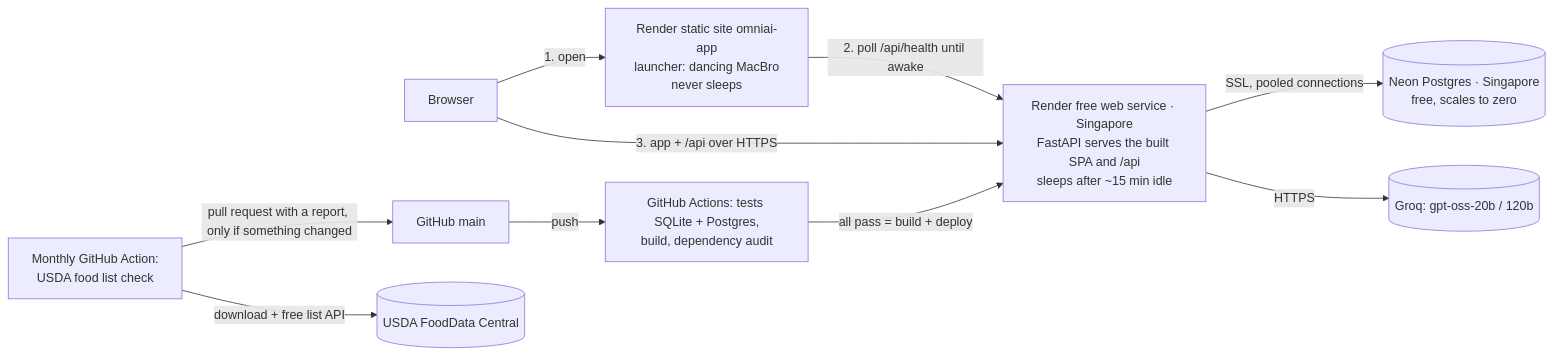
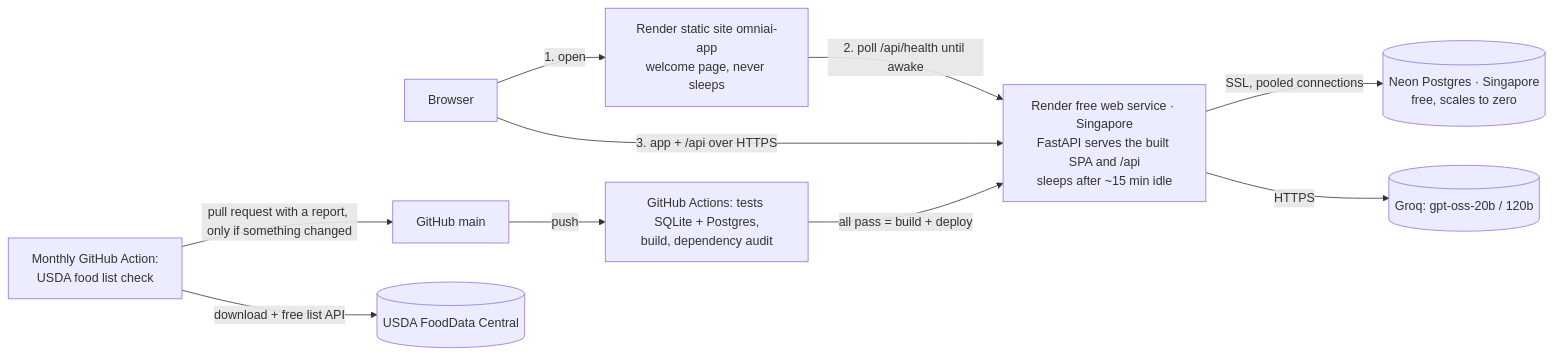
The third of 11 diagrams in docs/hld.md (NeoAnushka21/tracker_poc), drawn with Mermaid before and after one commit. The commit also changed other lines of this file and 22 other files, not shown here.

````diff
--- a/docs/hld.md
+++ b/docs/hld.md
@@ -73,12 +73,12 @@
 ```mermaid
 flowchart LR
-    U[Browser] -->|1. open| L["Render static site omniai-app<br/>launcher: dancing MacBro<br/>never sleeps"]
+    U[Browser] -->|1. open| L["Render static site omniai-app<br/>welcome page, never sleeps"]
     L -->|2. poll /api/health until awake| R
     U -->|3. app + /api over HTTPS| R["Render free web service · Singapore<br/>FastAPI serves the built SPA and /api<br/>sleeps after ~15 min idle"]
     R -->|SSL, pooled connections| N[("Neon Postgres · Singapore<br/>free, scales to zero")]
     R -->|HTTPS| G[(Groq: gpt-oss-20b / 120b)]
     GH[GitHub main] -->|push| CI[GitHub Actions: tests SQLite + Postgres,<br/>build, dependency audit]
     CI -->|all pass = build + deploy| R
     M[Monthly GitHub Action:<br/>USDA food list check] -->|download + free list API| USDA[(USDA FoodData Central)]
     M -->|pull request with a report, only if something changed| GH
 ```
````
